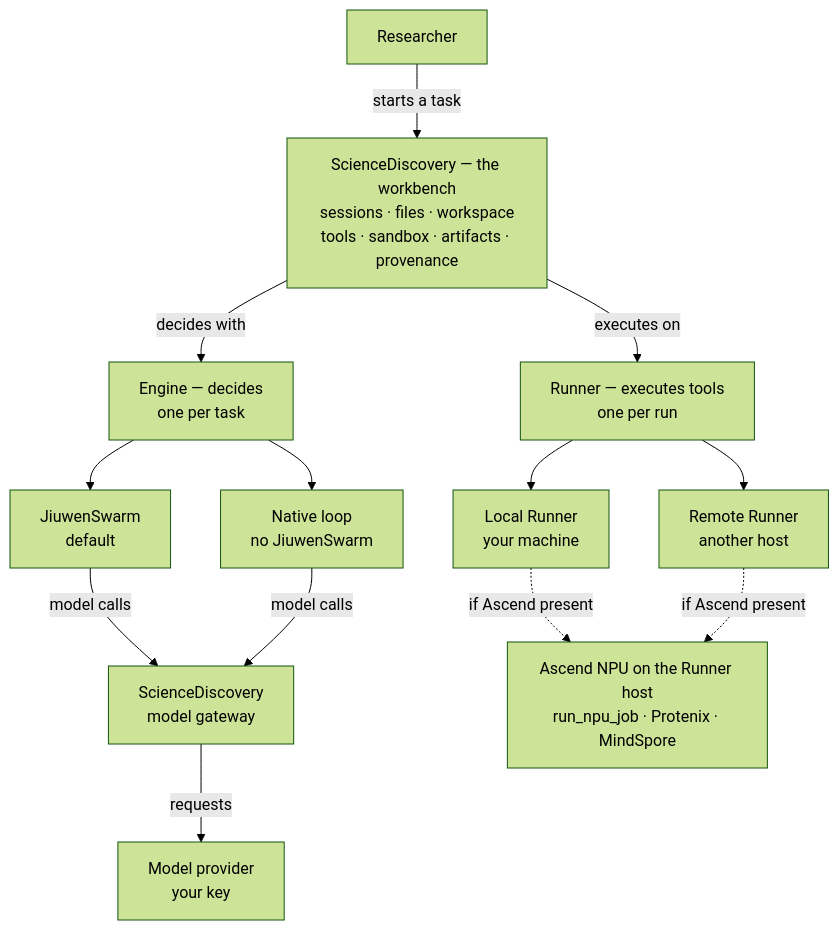
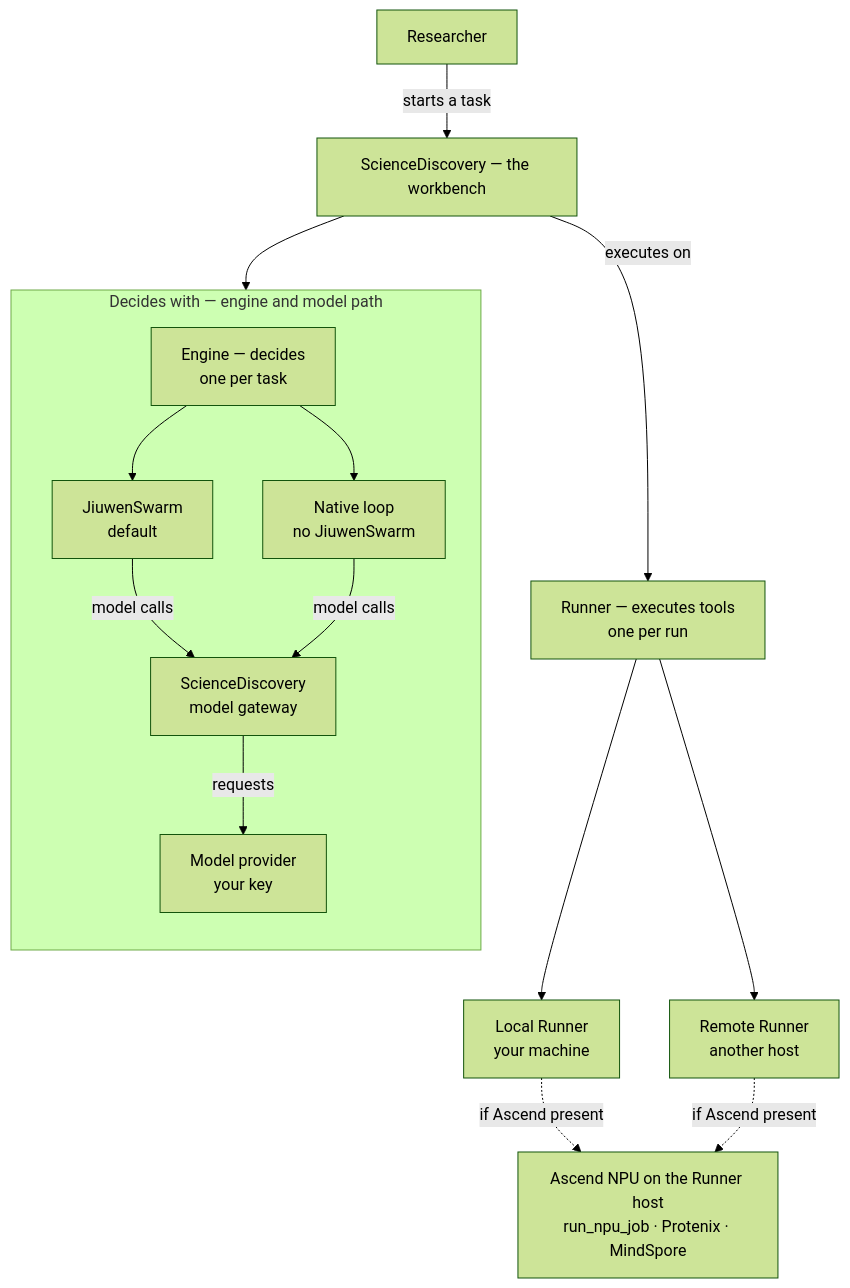
The first of 5 diagrams in company/sciencediscovery/overview.md (michaelatamuk/agentic-desk), drawn with Mermaid (forest theme) before and after one commit.

Commit message:
docs(company): group the decider branch in a superbox

````diff
--- a/company/sciencediscovery/overview.md
+++ b/company/sciencediscovery/overview.md
@@ -32,28 +32,33 @@
 ```mermaid
 flowchart TD
   R["Researcher"]
-  SD["ScienceDiscovery — the workbench<br/>sessions · files · workspace<br/>tools · sandbox · artifacts · provenance"]
-  ENG["Engine — decides<br/>one per task"]
-  JS["JiuwenSwarm<br/>default"]
-  NL["Native loop<br/>no JiuwenSwarm"]
-  GW["ScienceDiscovery<br/>model gateway"]
-  MP["Model provider<br/>your key"]
+  SD["ScienceDiscovery — the workbench"]
+
+  subgraph DEC["Decides with — engine and model path"]
+    direction TB
+    ENG["Engine — decides<br/>one per task"]
+    JS["JiuwenSwarm<br/>default"]
+    NL["Native loop<br/>no JiuwenSwarm"]
+    GW["ScienceDiscovery<br/>model gateway"]
+    MP["Model provider<br/>your key"]
+
+    ENG --> JS
+    ENG --> NL
+    JS -->|"model calls"| GW
+    NL -->|"model calls"| GW
+    GW -->|"requests"| MP
+  end
+
   RUN["Runner — executes tools<br/>one per run"]
   LR["Local Runner<br/>your machine"]
   RR["Remote Runner<br/>another host"]
   NPU["Ascend NPU on the Runner host<br/>run_npu_job · Protenix · MindSpore"]
 
   R -->|"starts a task"| SD
-  SD -->|"decides with"| ENG
-  ENG --> JS
-  ENG --> NL
-  JS -->|"model calls"| GW
-  NL -->|"model calls"| GW
-  GW -->|"requests"| MP
-
+  SD --> DEC
   SD -->|"executes on"| RUN
   RUN --> LR
   RUN --> RR
   LR -.->|"if Ascend present"| NPU
   RR -.->|"if Ascend present"| NPU
 ```
````
